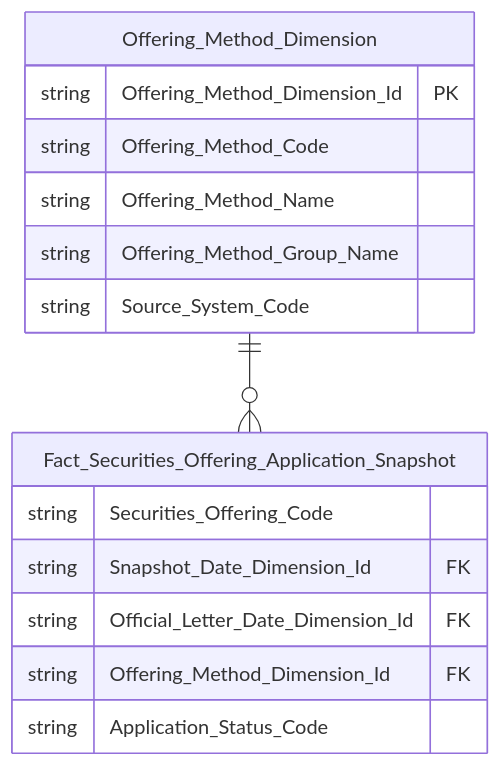
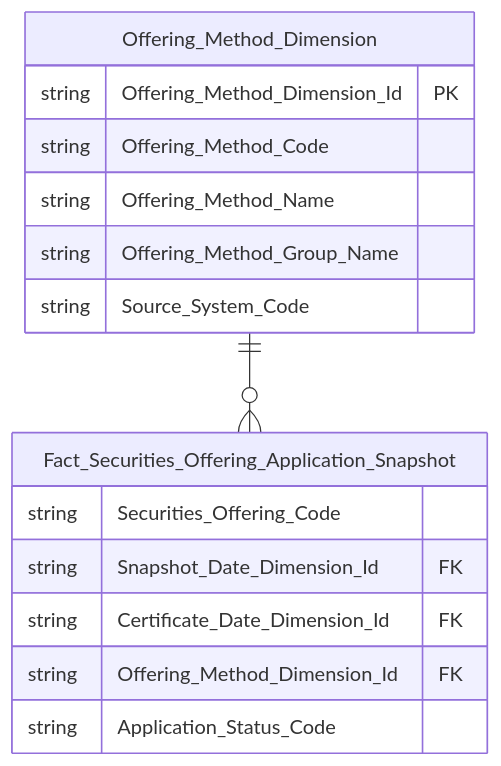
Before and after one commit to linhlvit/ubck_atomic_design: diagram 16 of 22 in Datamart/hld/DTM_QLCB_HLD.md, drawn with Mermaid. The commit also changed other lines of this file and 9 other files, not shown here.

````diff
--- a/Datamart/hld/DTM_QLCB_HLD.md
+++ b/Datamart/hld/DTM_QLCB_HLD.md
@@ -830,19 +831,19 @@
 ```mermaid
 erDiagram
     Offering_Method_Dimension {
         string Offering_Method_Dimension_Id PK
         string Offering_Method_Code
         string Offering_Method_Name
         string Offering_Method_Group_Name
         string Source_System_Code
     }
     Fact_Securities_Offering_Application_Snapshot {
         string Securities_Offering_Code
         string Snapshot_Date_Dimension_Id FK
-        string Official_Letter_Date_Dimension_Id FK
+        string Certificate_Date_Dimension_Id FK
         string Offering_Method_Dimension_Id FK
         string Application_Status_Code
     }
 
     Offering_Method_Dimension ||--o{ Fact_Securities_Offering_Application_Snapshot : " "
 ```
````
